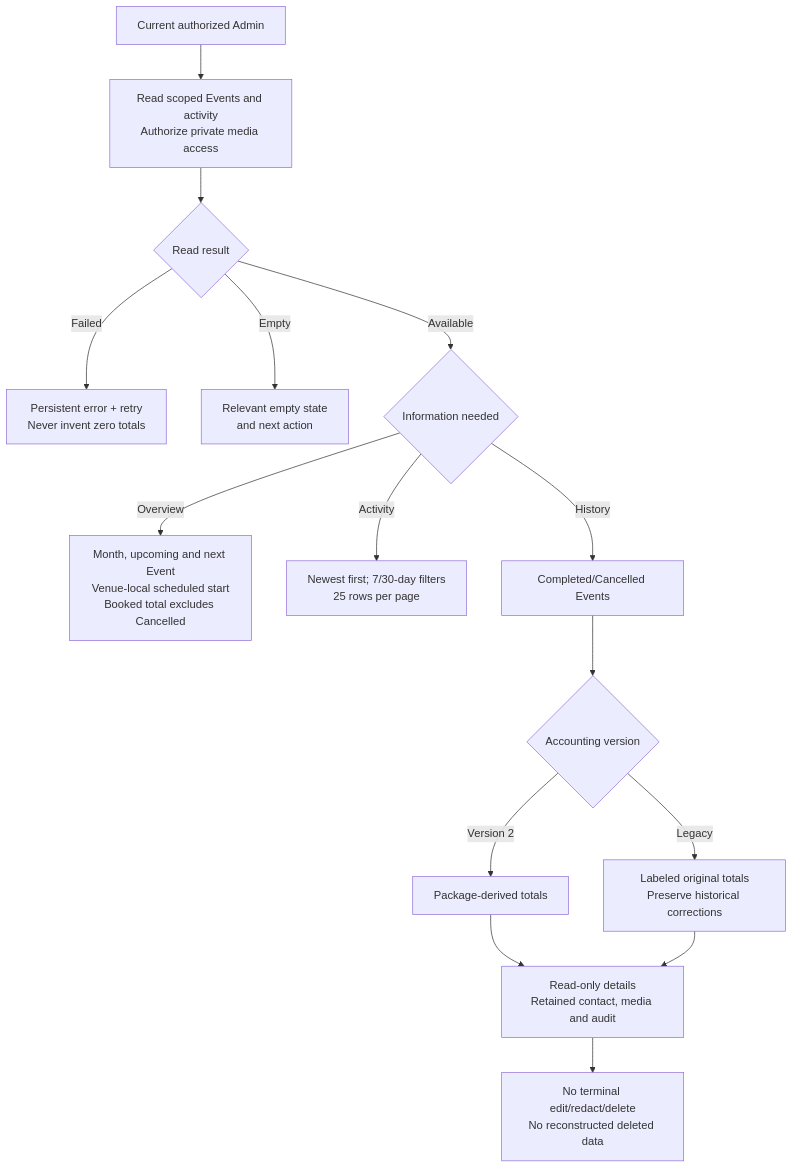
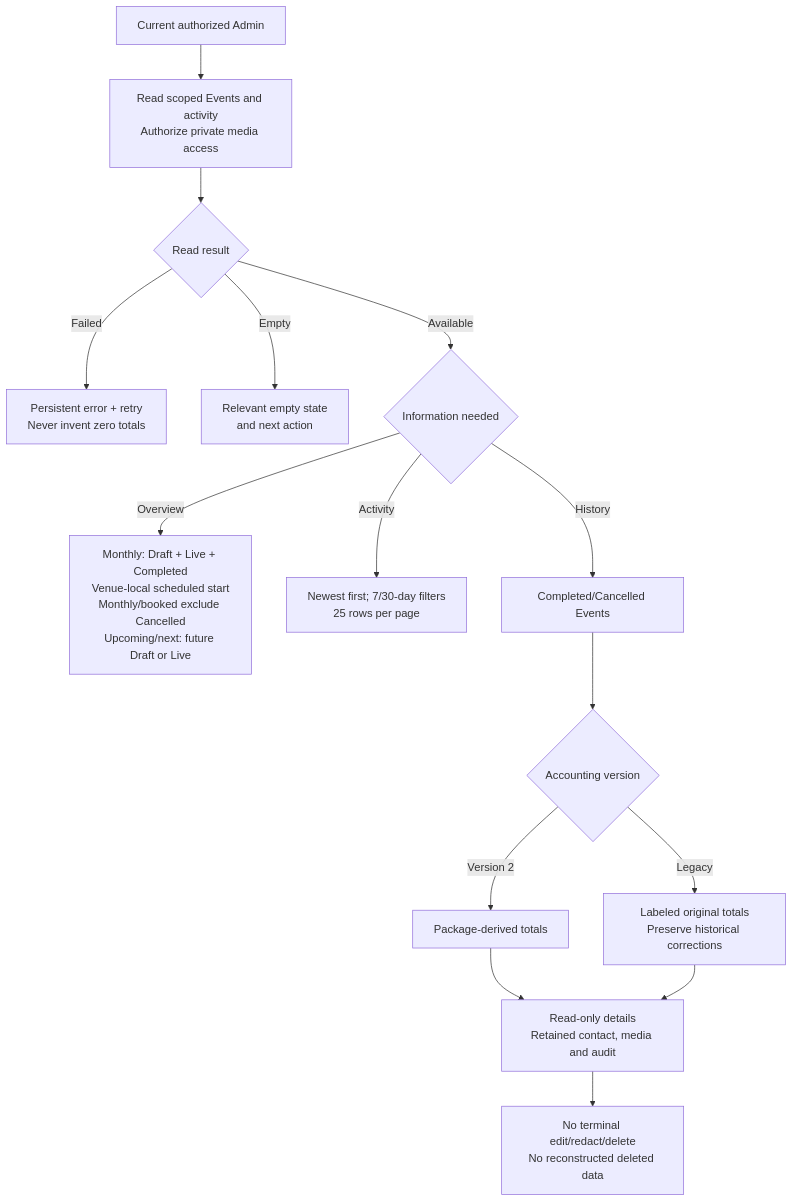
Before and after one commit to noelorph/diy-instax-photobooth: the eighth of 10 diagrams in docs/diagrams/issue-10-functional-breakdown.md, drawn with Mermaid. The commit also changed other lines of this file and 23 other files, not shown here.

````diff
--- a/docs/diagrams/issue-10-functional-breakdown.md
+++ b/docs/diagrams/issue-10-functional-breakdown.md
@@ -207,17 +213,17 @@
 ```mermaid
 flowchart TD
   ADMIN["Current authorized Admin"] --> READ["Read scoped Events and activity<br/>Authorize private media access"]
   READ --> RESULT{"Read result"}
   RESULT -->|Failed| ERROR["Persistent error + retry<br/>Never invent zero totals"]
   RESULT -->|Empty| EMPTY["Relevant empty state<br/>and next action"]
   RESULT -->|Available| VIEW{"Information needed"}
-  VIEW -->|Overview| DASH["Month, upcoming and next Event<br/>Venue-local scheduled start<br/>Booked total excludes Cancelled"]
+  VIEW -->|Overview| DASH["Monthly: Draft + Live + Completed<br/>Venue-local scheduled start<br/>Monthly/booked exclude Cancelled<br/>Upcoming/next: future Draft or Live"]
   VIEW -->|Activity| ACTIVITY["Newest first; 7/30-day filters<br/>25 rows per page"]
   VIEW -->|History| HISTORY["Completed/Cancelled Events"]
   HISTORY --> VERSION{"Accounting version"}
   VERSION -->|Version 2| PACKAGE["Package-derived totals"]
   VERSION -->|Legacy| LEGACY["Labeled original totals<br/>Preserve historical corrections"]
   PACKAGE --> DETAIL["Read-only details<br/>Retained contact, media and audit"]
   LEGACY --> DETAIL
   DETAIL --> RETAIN["No terminal edit/redact/delete<br/>No reconstructed deleted data"]
 ```
````
